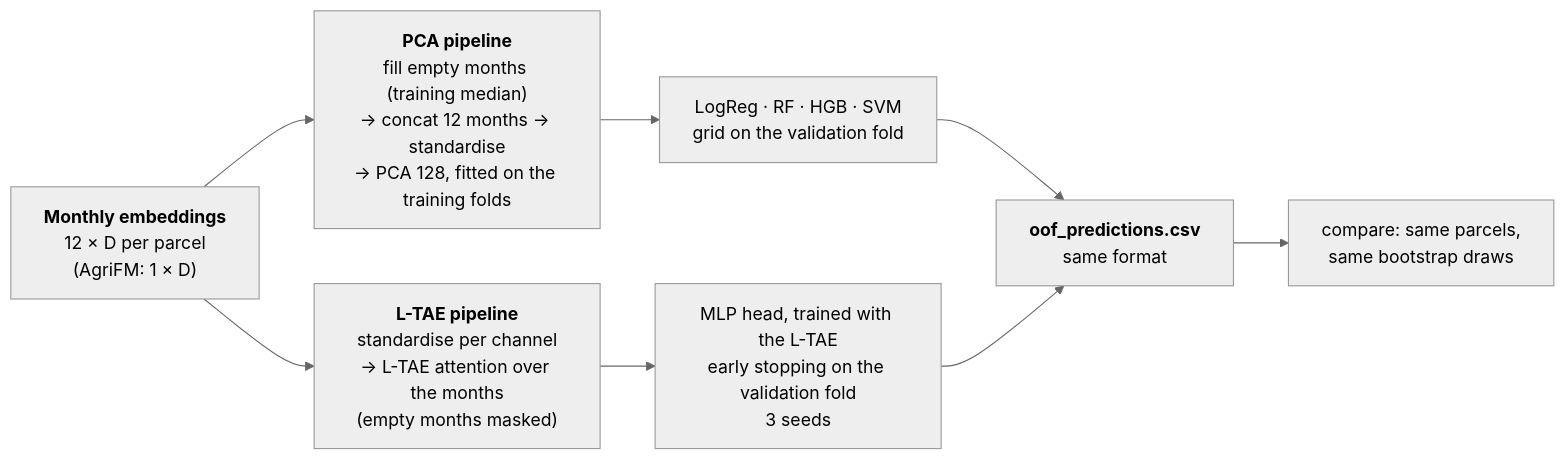
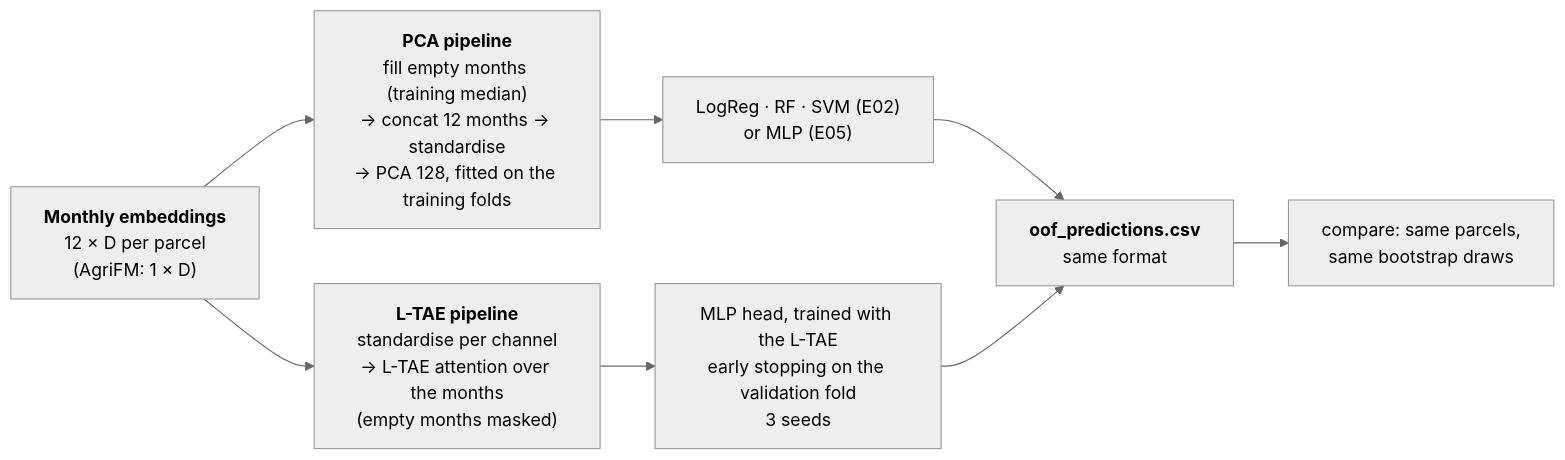
Before and after one commit to amanchry/irrimapping-geofm: the first of 2 diagrams in docs/phase2_models/evaluation.md, drawn with Mermaid (neutral theme). The commit also changed other lines of this file and 18 other files, not shown here.

````diff
--- a/docs/phase2_models/evaluation.md
+++ b/docs/phase2_models/evaluation.md
@@ -78,10 +79,10 @@
 ```mermaid
 flowchart LR
     E["<b>Monthly embeddings</b><br/>12 × D per parcel<br/>(AgriFM: 1 × D)"] --> A["<b>PCA pipeline</b><br/>fill empty months (training median)<br/>→ concat 12 months → standardise<br/>→ PCA 128, fitted on the training folds"]
     E --> B["<b>L-TAE pipeline</b><br/>standardise per channel<br/>→ L-TAE attention over the months<br/>(empty months masked)"]
-    A --> C["LogReg · RF · HGB · SVM<br/>grid on the validation fold"]
+    A --> C["LogReg · RF · SVM (E02)<br/>or MLP (E05)"]
     B --> D["MLP head, trained with the L-TAE<br/>early stopping on the validation fold<br/>3 seeds"]
     C --> O["<b>oof_predictions.csv</b><br/>same format"]
     D --> O
     O --> CMP["compare: same parcels,<br/>same bootstrap draws"]
 ```
````
